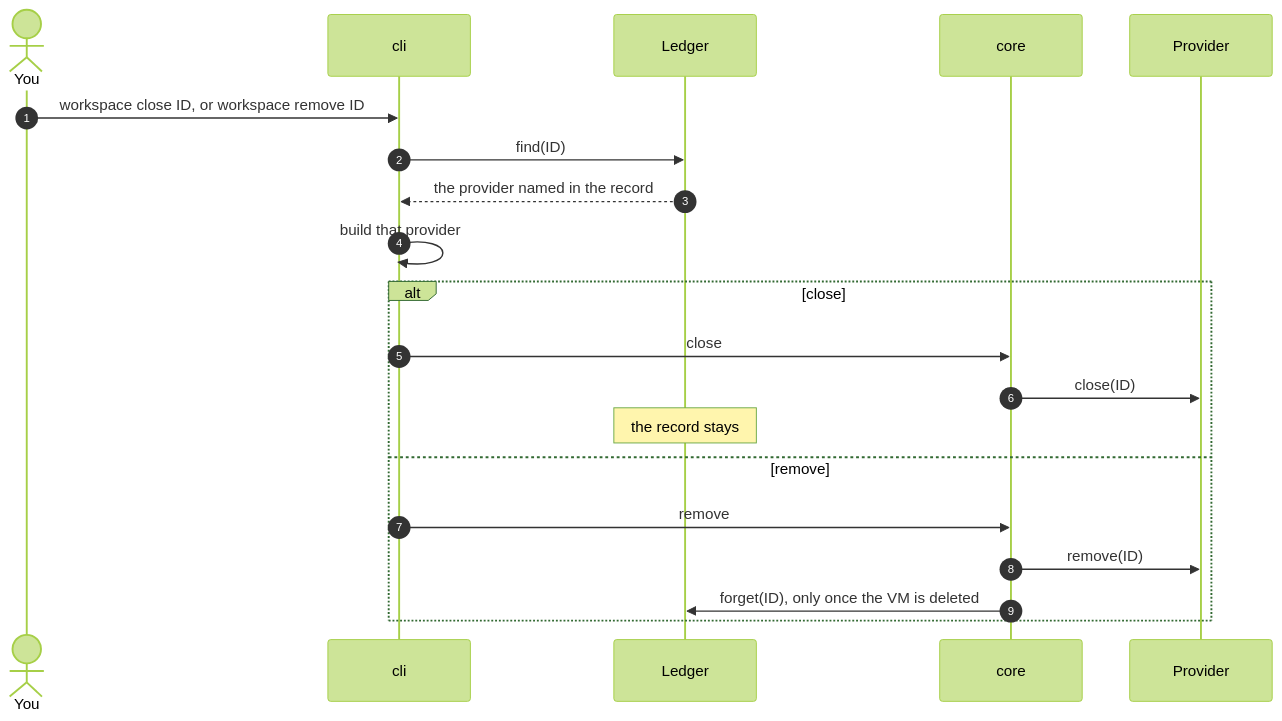
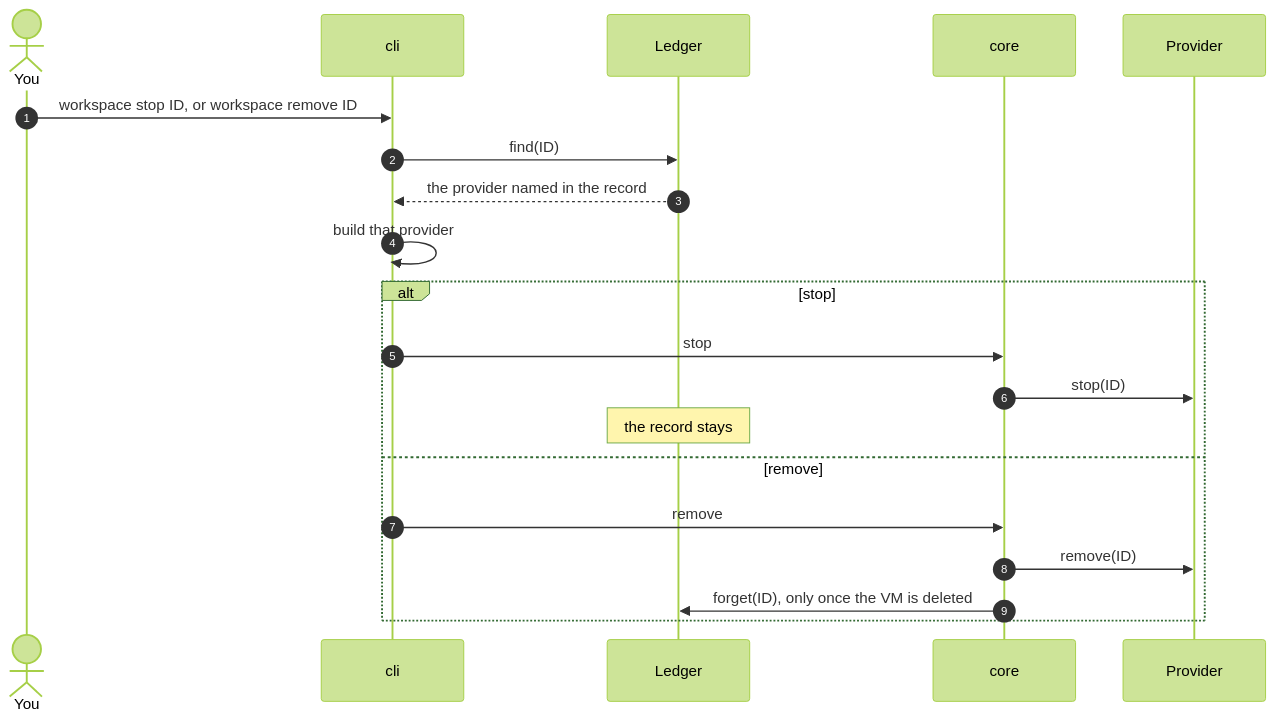
One commit to NextNodeSolutions/workspace changed the fourth of 6 diagrams in docs/architecture.md. Above: the diagram before and after it, drawn with Mermaid (forest theme). The commit also changed other lines of this file and 15 other files, not shown here.

First line of the commit message:
feat: rename boot to start and close to stop

````diff
--- a/docs/architecture.md
+++ b/docs/architecture.md
@@ -94,22 +94,22 @@
 ```mermaid
 sequenceDiagram
     autonumber
     actor You
     participant CLI as cli
     participant L as Ledger
     participant Core as core
     participant P as Provider
-    You->>CLI: workspace close ID, or workspace remove ID
+    You->>CLI: workspace stop ID, or workspace remove ID
     CLI->>L: find(ID)
     L-->>CLI: the provider named in the record
     CLI->>CLI: build that provider
-    alt close
-        CLI->>Core: close
-        Core->>P: close(ID)
+    alt stop
+        CLI->>Core: stop
+        Core->>P: stop(ID)
         Note over L: the record stays
     else remove
         CLI->>Core: remove
         Core->>P: remove(ID)
         Core->>L: forget(ID), only once the VM is deleted
     end
 ```
````
